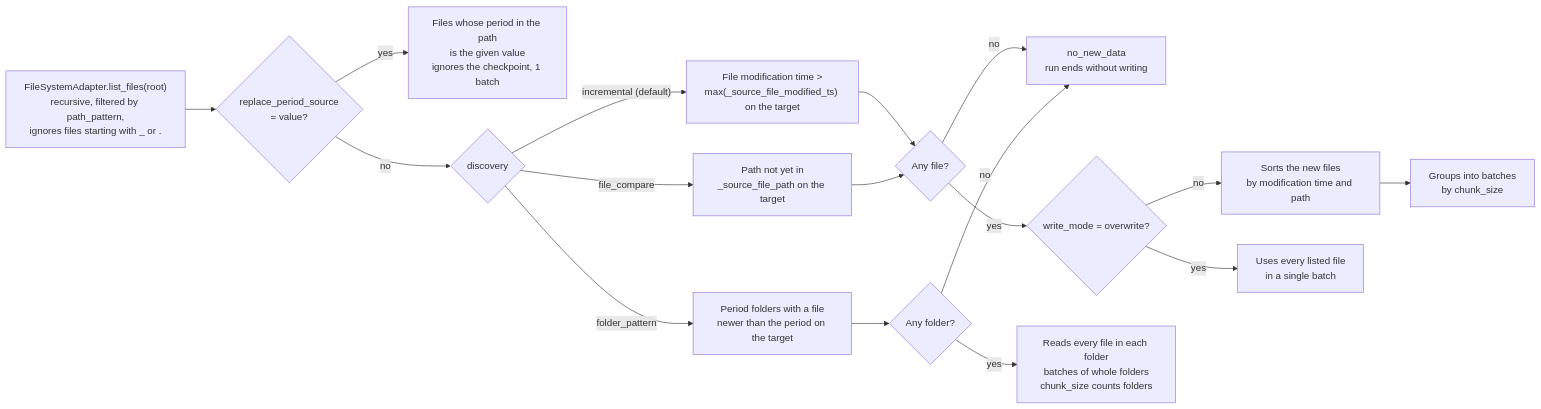
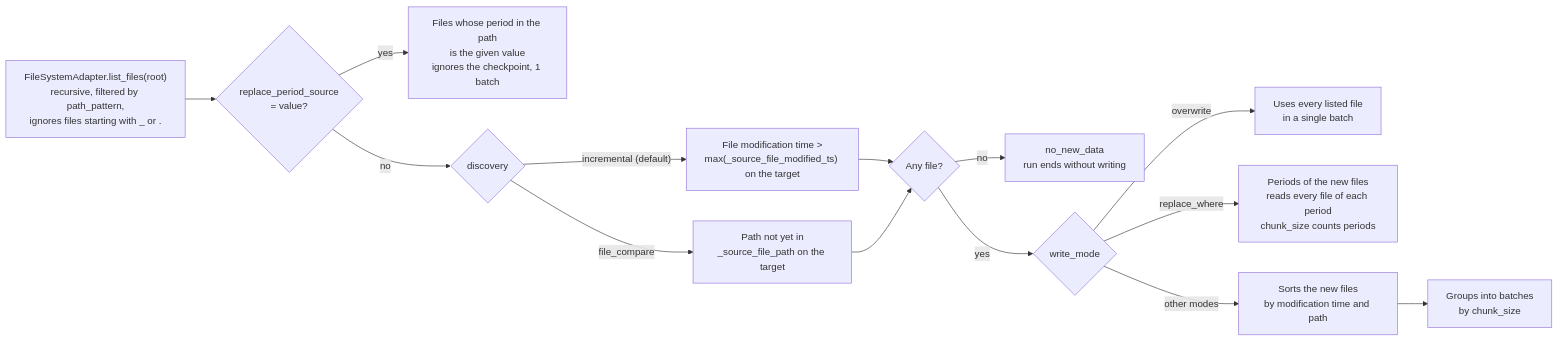
The fifth of 9 diagrams in docs/architecture.md (ltofanelli/data-processing-framework), drawn with Mermaid before and after one commit. The commit also changed other lines of this file and 1 other file, not shown here.

First line of the commit message:
Read whole periods in file replace_where loads (#3)

````diff
--- a/docs/architecture.md
+++ b/docs/architecture.md
@@ -388,21 +388,17 @@
 ```mermaid
 flowchart LR
     FS["FileSystemAdapter.list_files(root)<br/>recursive, filtered by path_pattern,<br/>ignores files starting with _ or ."] --> PV{"replace_period_source<br/>= value?"}
     PV -->|yes| FV["Files whose period in the path<br/>is the given value<br/>ignores the checkpoint, 1 batch"]
     PV -->|no| S{"discovery"}
 
     S -->|"incremental (default)"| M["File modification time ><br/>max(_source_file_modified_ts) on the target"]
     S -->|file_compare| FC["Path not yet in<br/>_source_file_path on the target"]
-    S -->|folder_pattern| F["Period folders with a file<br/>newer than the period on the target"]
 
     M & FC --> NEW{"Any file?"}
     NEW -->|no| NONEW["no_new_data<br/>run ends without writing"]
-    NEW -->|yes| OWF{"write_mode = overwrite?"}
-    OWF -->|no| ORD["Sorts the new files<br/>by modification time and path"]
-    OWF -->|yes| ALL["Uses every listed file<br/>in a single batch"]
+    NEW -->|yes| WM{"write_mode"}
+    WM -->|overwrite| ALL["Uses every listed file<br/>in a single batch"]
+    WM -->|replace_where| PER["Periods of the new files<br/>reads every file of each period<br/>chunk_size counts periods"]
+    WM -->|other modes| ORD["Sorts the new files<br/>by modification time and path"]
     ORD --> CH["Groups into batches<br/>by chunk_size"]
-
-    F --> NEWP{"Any folder?"}
-    NEWP -->|no| NONEW
-    NEWP -->|yes| FB["Reads every file in each folder<br/>batches of whole folders<br/>chunk_size counts folders"]
 ```
````
